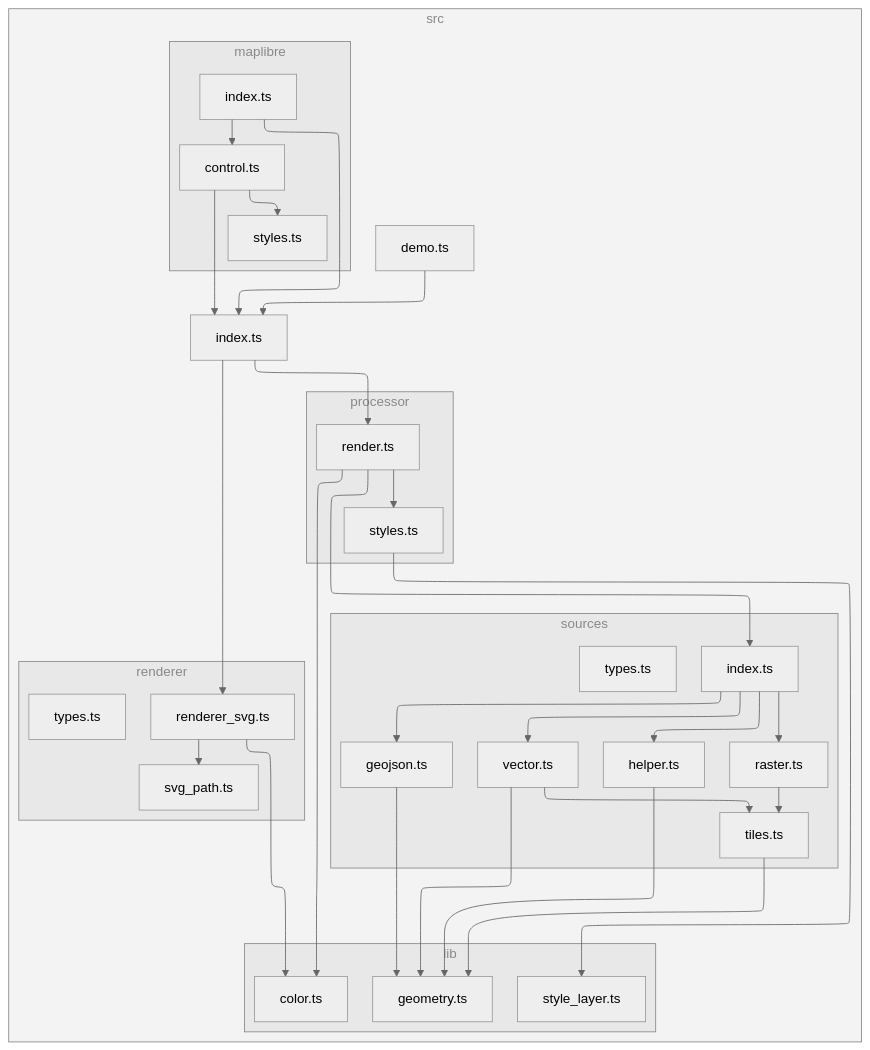
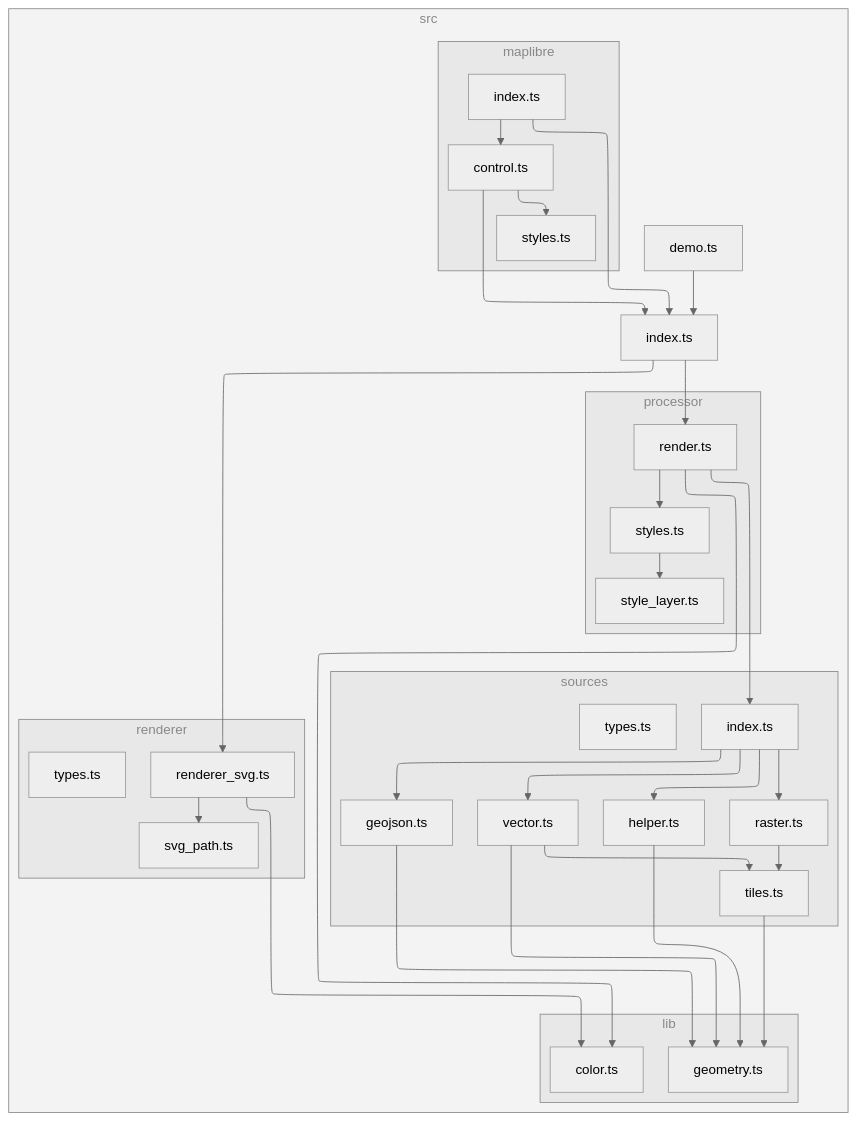
Before and after one commit to versatiles-org/versatiles-renderer: the diagram in README.md, drawn with Mermaid (neutral theme). The commit also changed other lines of this file and 3 other files, not shown here.

````diff
--- a/README.md
+++ b/README.md
@@ -126,66 +126,66 @@
 ```mermaid
 ---
 config:
   layout: elk
 ---
 flowchart TB
 
 subgraph 0["src"]
 1["demo.ts"]
 2["index.ts"]
 subgraph 3["processor"]
 4["render.ts"]
 F["styles.ts"]
+G["style_layer.ts"]
 end
 subgraph 5["lib"]
 6["color.ts"]
 A["geometry.ts"]
-G["style_layer.ts"]
 end
 subgraph 7["sources"]
 8["index.ts"]
 9["geojson.ts"]
 B["helper.ts"]
 C["raster.ts"]
 D["tiles.ts"]
 E["vector.ts"]
 P["types.ts"]
 end
 subgraph H["renderer"]
 I["renderer_svg.ts"]
 J["svg_path.ts"]
 O["types.ts"]
 end
 subgraph K["maplibre"]
 L["control.ts"]
 M["styles.ts"]
 N["index.ts"]
 end
 end
 1-->2
 2-->4
 2-->I
 4-->6
 4-->8
 4-->F
 8-->9
 8-->B
 8-->C
 8-->E
 9-->A
 B-->A
 C-->D
 D-->A
 E-->A
 E-->D
 F-->G
 I-->6
 I-->J
 L-->2
 L-->M
 N-->2
 N-->L
 
 class 0,3,5,7,H,K subgraphs;
 classDef subgraphs fill-opacity:0.1, fill:#888, color:#888, stroke:#888;
 ```
````
